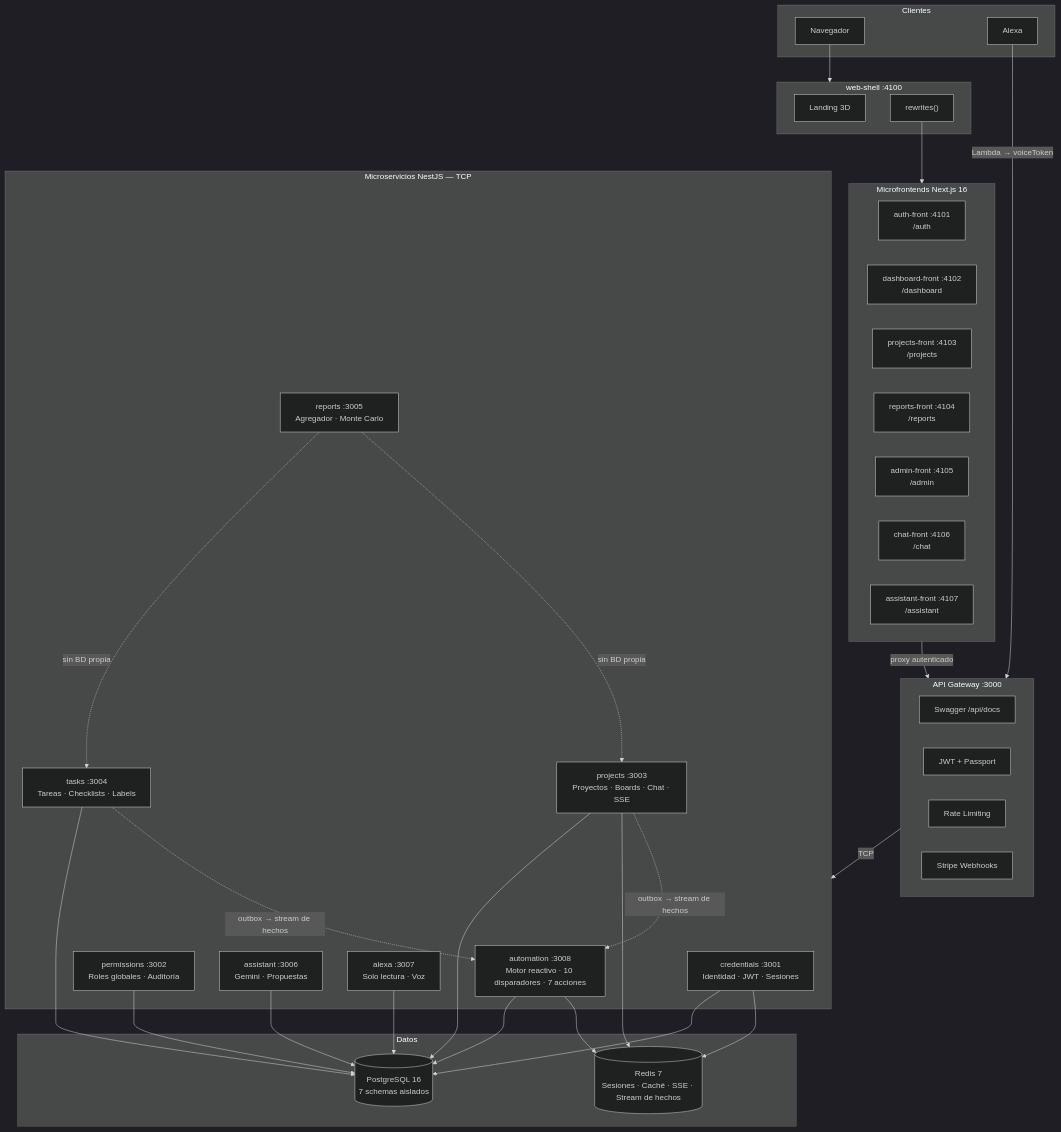
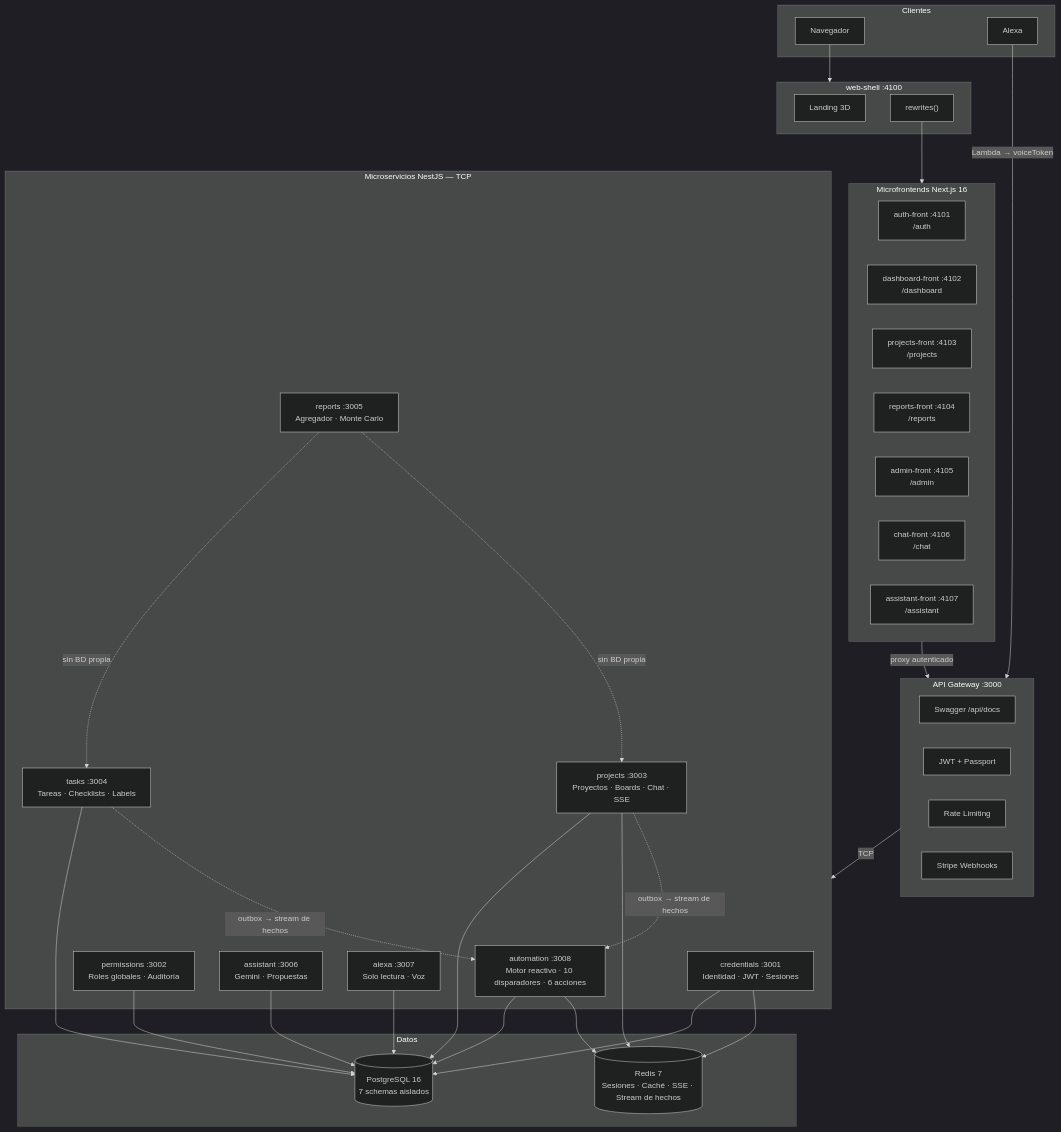
One commit to Ander-tsx/PRAXIS changed the diagram in README.md. Above: the diagram before and after it, drawn with Mermaid (dark theme). The commit also changed other lines of this file and 12 other files, not shown here.

````diff
--- a/README.md
+++ b/README.md
@@ -65,55 +62,55 @@
 ```mermaid
 flowchart TB
     subgraph Clientes
         Browser["Navegador"]
         AlexaDevice["Alexa"]
     end
 
     subgraph shell["web-shell :4100"]
         Landing["Landing 3D"]
         Rewrites["rewrites()"]
     end
 
     subgraph zones["Microfrontends Next.js 16"]
         Auth["auth-front :4101\n/auth"]
         Dash["dashboard-front :4102\n/dashboard"]
         Proj["projects-front :4103\n/projects"]
         Rep["reports-front :4104\n/reports"]
         Adm["admin-front :4105\n/admin"]
         Chat["chat-front :4106\n/chat"]
         AsstF["assistant-front :4107\n/assistant"]
     end
 
     subgraph gw["API Gateway :3000"]
         Swagger["Swagger /api/docs"]
         JWT["JWT + Passport"]
         Throttle["Rate Limiting"]
         StripeWH["Stripe Webhooks"]
     end
 
     subgraph services["Microservicios NestJS — TCP"]
         Cred["credentials :3001\nIdentidad · JWT · Sesiones"]
         Perm["permissions :3002\nRoles globales · Auditoría"]
         ProjS["projects :3003\nProyectos · Boards · Chat · SSE"]
         Task["tasks :3004\nTareas · Checklists · Labels"]
         RepS["reports :3005\nAgregador · Monte Carlo"]
         Asst["assistant :3006\nGemini · Propuestas"]
         Alex["alexa :3007\nSolo lectura · Voz"]
-        Automation["automation :3008\nMotor reactivo · 10 disparadores · 7 acciones"]
+        Automation["automation :3008\nMotor reactivo · 10 disparadores · 6 acciones"]
     end
 
     subgraph data["Datos"]
         PG[("PostgreSQL 16\n7 schemas aislados")]
         Redis[("Redis 7\nSesiones · Caché · SSE · Stream de hechos")]
     end
 
     Browser --> shell
     Rewrites --> zones
     zones -->|proxy autenticado| gw
     AlexaDevice -->|Lambda → voiceToken| gw
     gw -->|TCP| services
     Cred & Perm & ProjS & Task & Alex & Asst & Automation --> PG
     RepS -.->|"sin BD propia"| Task & ProjS
     Cred & ProjS & Automation --> Redis
     Task & ProjS -.->|"outbox → stream de hechos"| Automation
 ```
````
